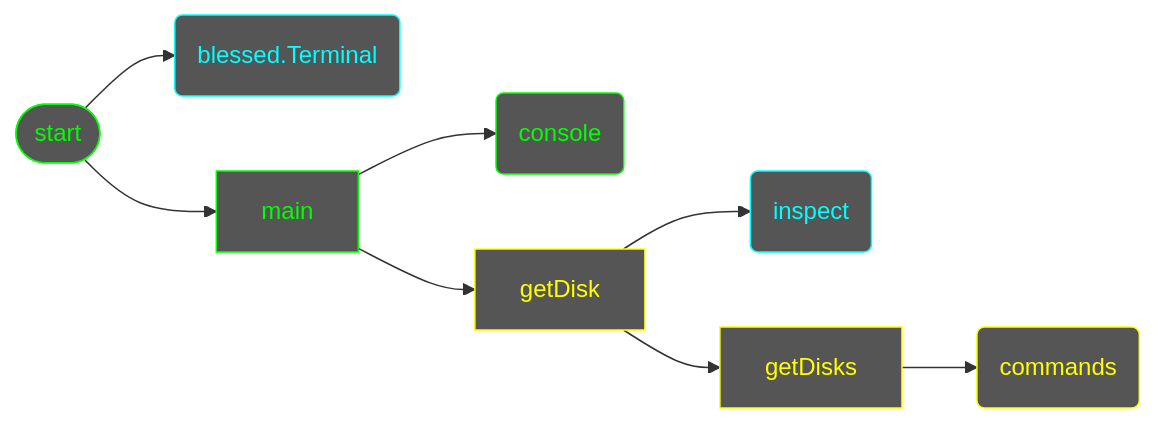
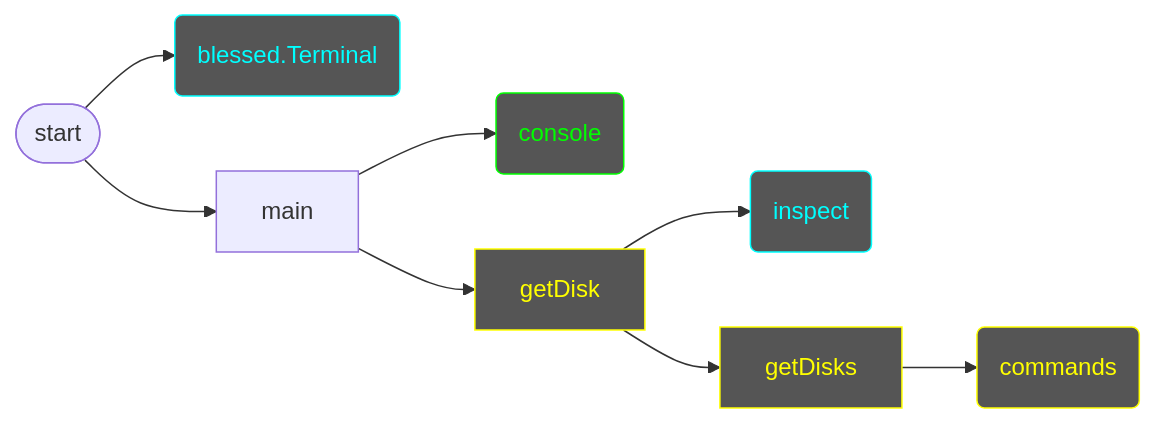
One commit to 7s4e/p3 changed the diagram in scripts/get_disk/design.md. Above: the diagram before and after it, drawn with Mermaid. The commit also changed 1 other file, not shown here.

Commit message:
add flowcharts

````diff
--- a/scripts/get_disk/design.md
+++ b/scripts/get_disk/design.md
@@ -2,29 +2,27 @@
 ```mermaid
 flowchart LR
     classDef complete color:#0f0,stroke:#0f0,fill:#555
     classDef working color:#ff0,stroke:#ff0,fill:#555
     classDef library color:#0ff,stroke:#0ff,fill:#555
     IF([start])
-        IF:::complete
         IF --> TRM
         IF --> MAIN
     TRM(blessed.Terminal)
         TRM:::library
     MAIN[main]
-        MAIN:::complete
         MAIN --> CON
         MAIN --> GD
     CON(console)
         CON:::complete
     GD[getDisk]
         GD:::working
         GD --> INSP
         GD --> GDS
     INSP(inspect)
         INSP:::library
     GDS[getDisks]
         GDS:::working
         GDS --> CMD
     CMD(commands)
         CMD:::working
 ```
````
